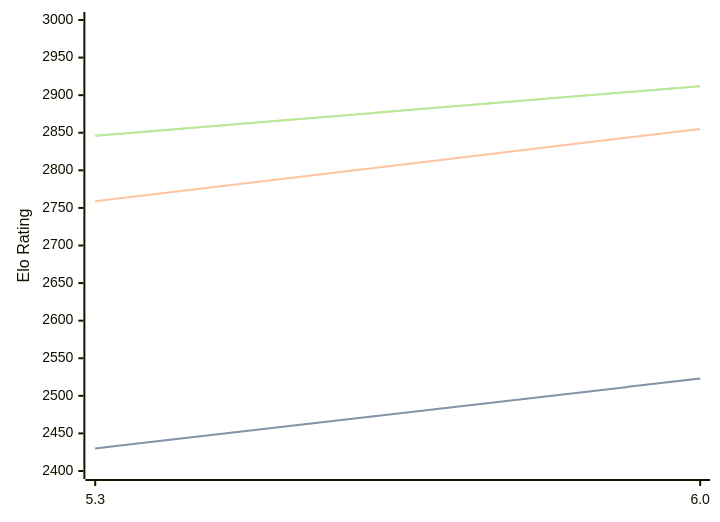
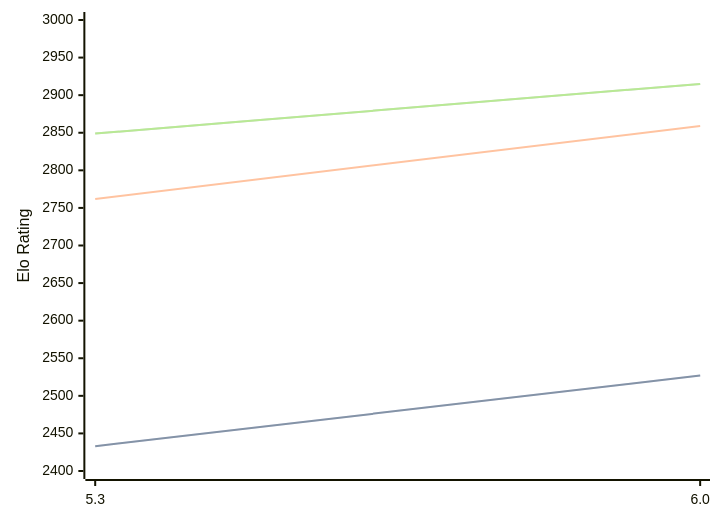
One commit to computer-chess-index/cci changed the diagram in engines/tomitankChess.md. Above: the diagram before and after it, drawn with Mermaid. The commit also changed other lines of this file, not shown here.

Commit message:
Update CCI Ratings (ELO VLTC) - 2026-04-30

````diff
--- a/engines/tomitankChess.md
+++ b/engines/tomitankChess.md
@@ -40,11 +40,11 @@
 ```mermaid
 %%{init: {"theme":"base","themeVariables":{"seriesColors:['#a3a3a3','#222221','#faa371']}}}%%
 xychart-beta
   x-axis ["5.3", "6.0"]
   y-axis "Elo Rating" 2400 --> 3000
-  line "STC (8.0+0.08s)" [2430, 2523]
-  line "STC (8.0+0.08s)" [2430, 2523]
-  line "LTC (60.0+0.60s)" [2759, 2855]
-  line "VLTC (2m24s+1.12s)" [2846, 2912]
-  line "VLTC (2m24s+1.12s)" [2846, 2912]
+  line "STC (8.0+0.08s)" [2433, 2527]
+  line "STC (8.0+0.08s)" [2433, 2527]
+  line "LTC (60.0+0.60s)" [2762, 2859]
+  line "VLTC (2m24s+1.12s)" [2849, 2915]
+  line "VLTC (2m24s+1.12s)" [2849, 2915]
 ```
````
